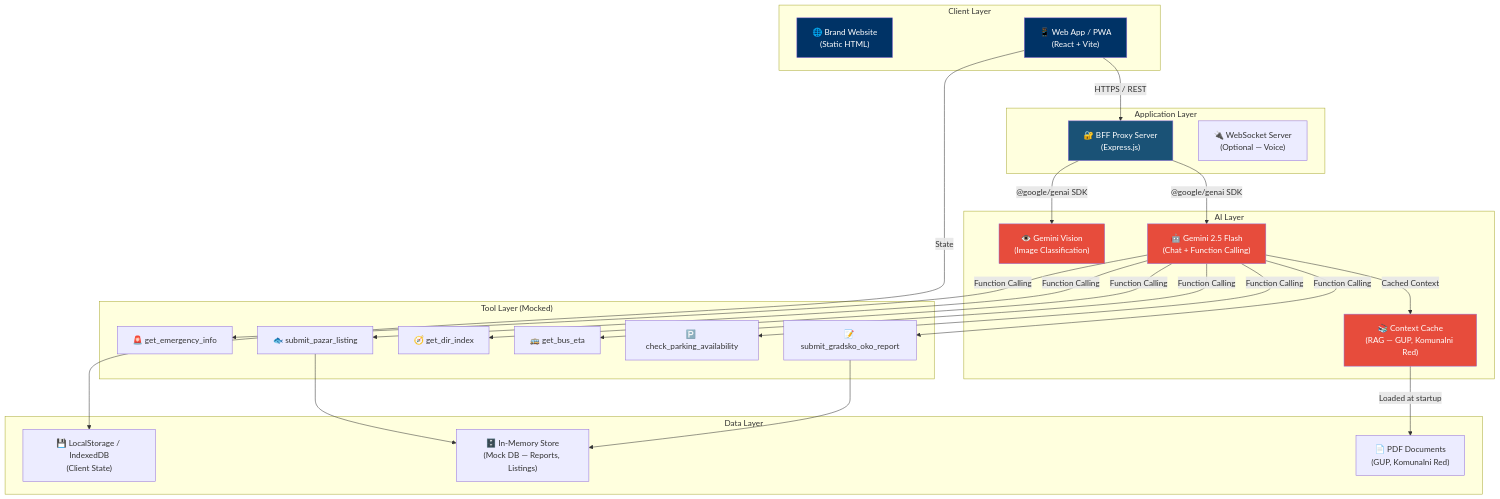
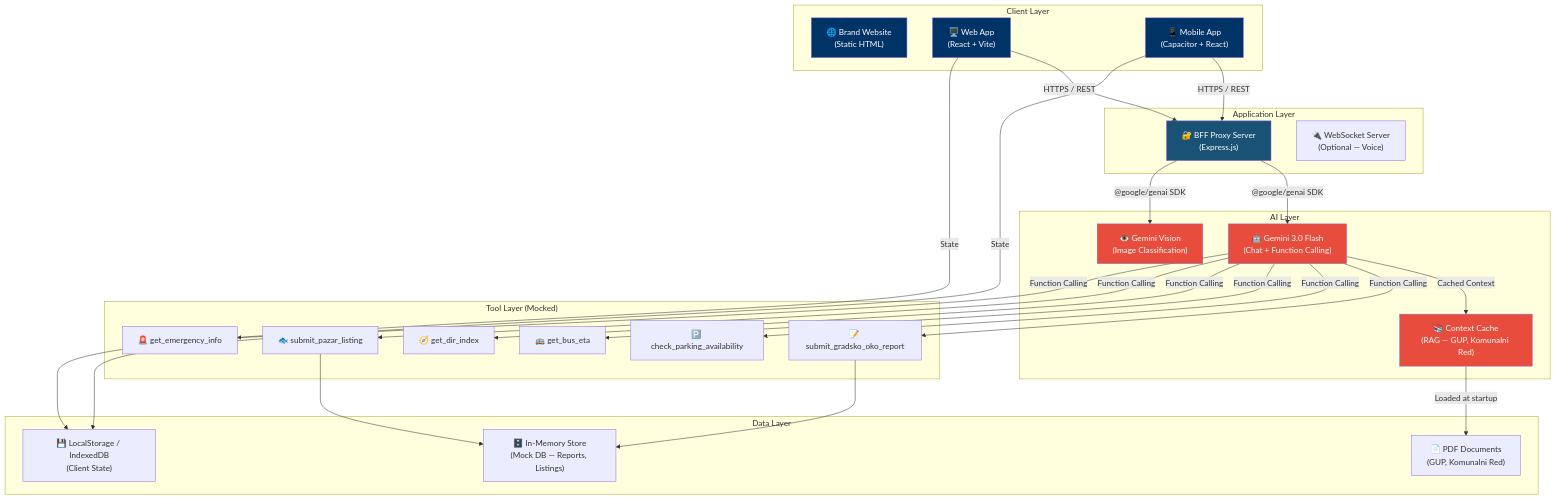
One commit to KarloHabek7/SheepAI-SplitAI changed the first of 7 diagrams in docs/architecture/ARCHITECTURE.md. Above: the diagram before and after it, drawn with Mermaid. The commit also changed other lines of this file and 3 other files, not shown here.

Commit message:
docs(lead): upgrade to Gemini 3.0 Flash + add Capacitor native mobile strategy

````diff
--- a/docs/architecture/ARCHITECTURE.md
+++ b/docs/architecture/ARCHITECTURE.md
@@ -27,55 +30,59 @@
 ```mermaid
 graph TB
     subgraph "Client Layer"
         BW["🌐 Brand Website<br/>(Static HTML)"]
-        WA["📱 Web App / PWA<br/>(React + Vite)"]
+        WA["🖥️ Web App<br/>(React + Vite)"]
+        MA["📱 Mobile App<br/>(Capacitor + React)"]
     end
 
     subgraph "Application Layer"
         BFF["🔐 BFF Proxy Server<br/>(Express.js)"]
         WS["🔌 WebSocket Server<br/>(Optional — Voice)"]
     end
 
     subgraph "AI Layer"
-        GF["🤖 Gemini 2.5 Flash<br/>(Chat + Function Calling)"]
+        GF["🤖 Gemini 3.0 Flash<br/>(Chat + Function Calling)"]
         GV["👁️ Gemini Vision<br/>(Image Classification)"]
         CC["📚 Context Cache<br/>(RAG — GUP, Komunalni Red)"]
     end
 
     subgraph "Tool Layer (Mocked)"
         T1["📝 submit_gradsko_oko_report"]
         T2["🅿️ check_parking_availability"]
         T3["🚌 get_bus_eta"]
         T4["🧭 get_dir_index"]
         T5["🐟 submit_pazar_listing"]
         T6["🚨 get_emergency_info"]
     end
 
     subgraph "Data Layer"
         FS["📄 PDF Documents<br/>(GUP, Komunalni Red)"]
         LS["💾 LocalStorage / IndexedDB<br/>(Client State)"]
         MS["🗄️ In-Memory Store<br/>(Mock DB — Reports, Listings)"]
     end
 
     WA -->|"HTTPS / REST"| BFF
+    MA -->|"HTTPS / REST"| BFF
     BFF -->|"@google/genai SDK"| GF
     BFF -->|"@google/genai SDK"| GV
     GF -->|"Cached Context"| CC
     CC -->|"Loaded at startup"| FS
     GF -->|"Function Calling"| T1
     GF -->|"Function Calling"| T2
     GF -->|"Function Calling"| T3
     GF -->|"Function Calling"| T4
     GF -->|"Function Calling"| T5
     GF -->|"Function Calling"| T6
     T1 --> MS
     T5 --> MS
     WA -->|"State"| LS
+    MA -->|"State"| LS
 
     style BW fill:#003366,color:#fff
     style WA fill:#003366,color:#fff
+    style MA fill:#003366,color:#fff
     style BFF fill:#1a5276,color:#fff
     style GF fill:#e74c3c,color:#fff
     style GV fill:#e74c3c,color:#fff
     style CC fill:#e74c3c,color:#fff
 ```
````
